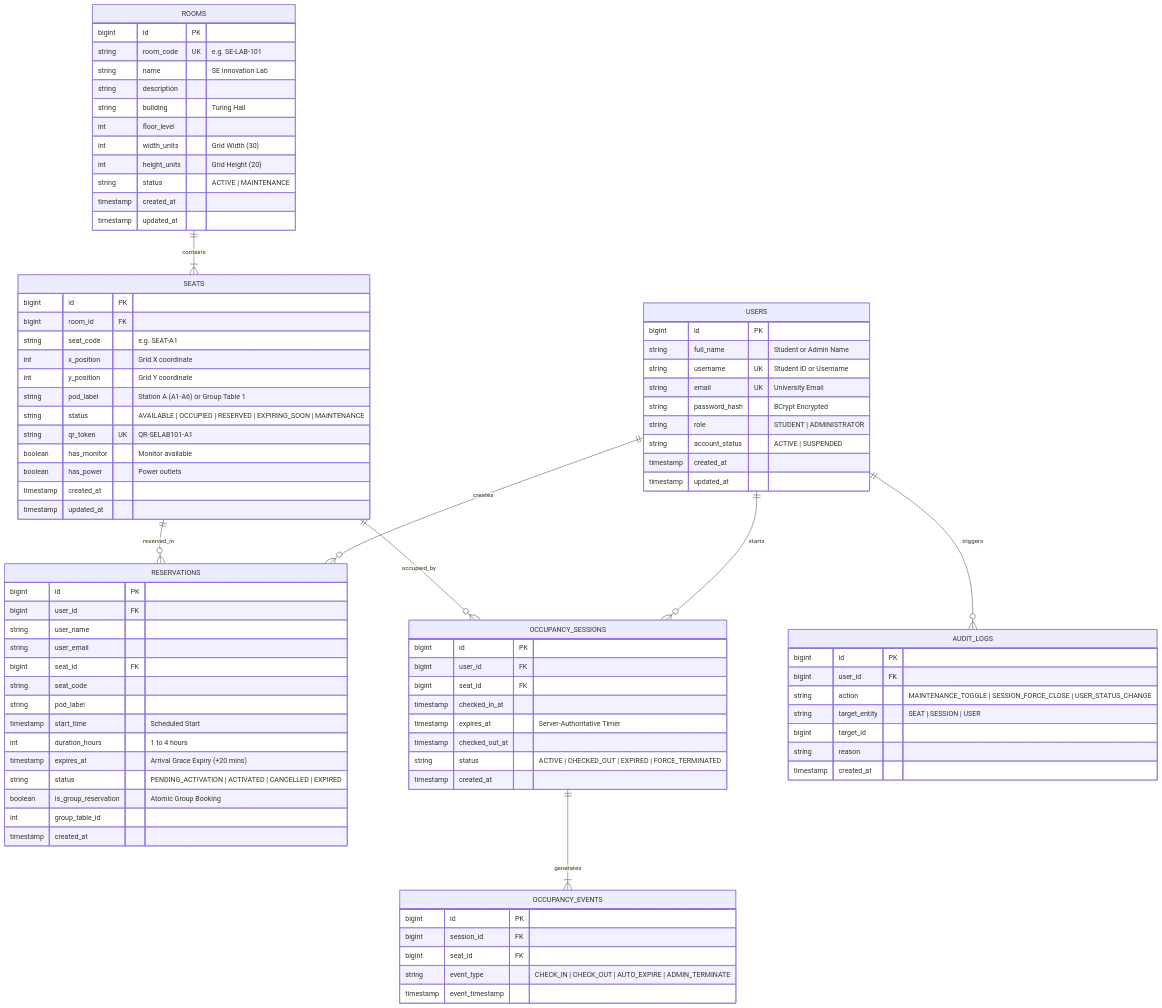
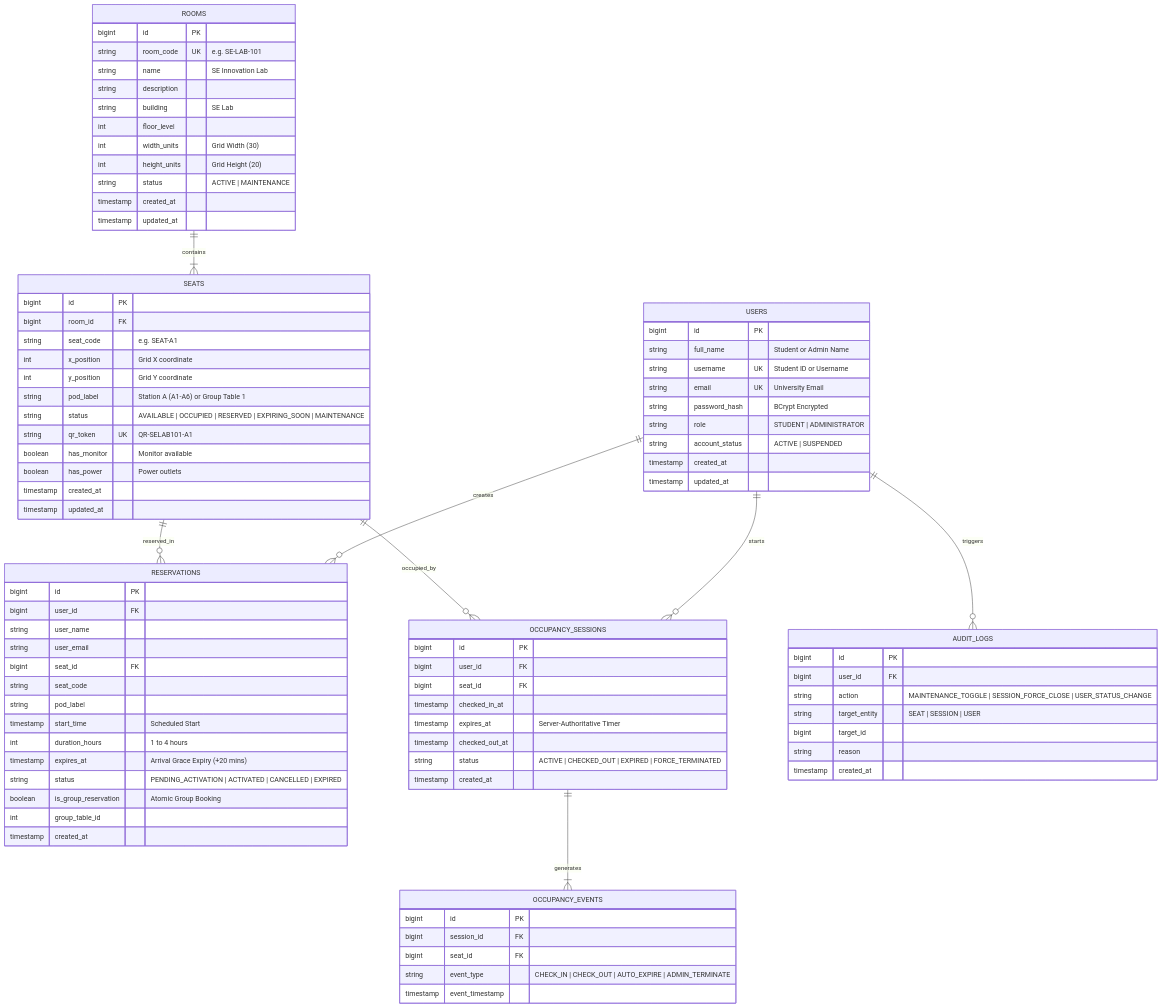
One commit to occupancy-room-system/ors-project changed the diagram in doc/database-erd.md. Above: the diagram before and after it, drawn with Mermaid. The commit also changed 17 other files, not shown here.

```diff
--- a/doc/database-erd.md
+++ b/doc/database-erd.md
@@ -29,7 +29,7 @@
         string room_code UK "e.g. SE-LAB-101"
         string name "SE Innovation Lab"
         string description
-        string building "Turing Hall"
+        string building "SE Lab"
         int floor_level
         int width_units "Grid Width (30)"
         int height_units "Grid Height (20)"
```
